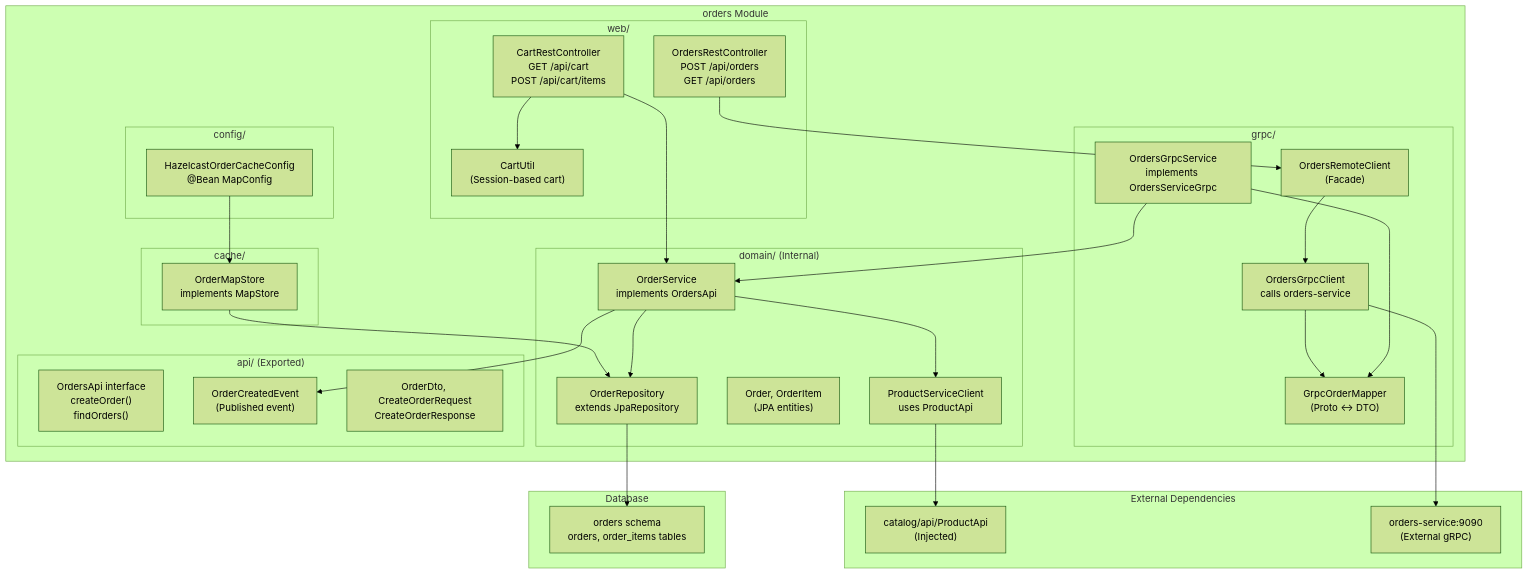
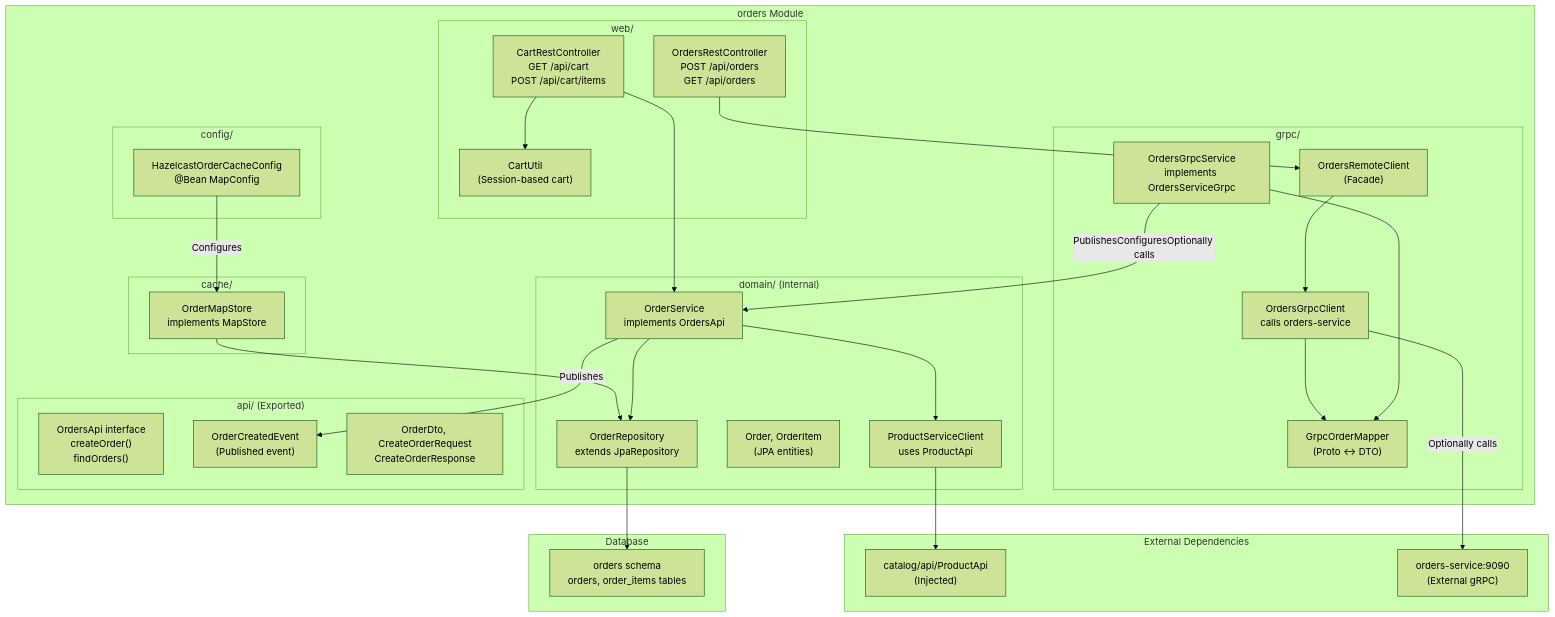
One commit to philipz/spring-modular-monolith changed the sixth of 12 diagrams in docs/deepwiki/Module-Structure-and-Boundaries.md. Above: the diagram before and after it, drawn with Mermaid (forest theme). The commit also changed other lines of this file and 55 other files, not shown here.

```diff
--- a/docs/deepwiki/Module-Structure-and-Boundaries.md
+++ b/docs/deepwiki/Module-Structure-and-Boundaries.md
@@ -391,7 +391,7 @@
 OrdersSchema["orders schema<br>orders, order_items tables"]
 
 ProductServiceClient --> ProductApi
-OrdersGrpcClient --> ExternalGrpcService
+OrdersGrpcClient -->|"Optionally calls"| ExternalGrpcService
 OrderRepo --> OrdersSchema
 
 subgraph Database ["Database"]
@@ -406,10 +406,10 @@
 subgraph subGraph6 ["orders Module"]
     OrdersRestController --> OrdersRemoteClient
     CartRestController --> OrderService
-    OrderService --> OrderCreatedEvent
-    OrdersGrpcService --> OrderService
+    OrderService -->|"Publishes"| OrderCreatedEvent
+    OrdersGrpcService -->|"PublishesConfiguresOptionally calls"| OrderService
     OrderMapStore --> OrderRepo
-    HZOrderCacheConfig --> OrderMapStore
+    HZOrderCacheConfig -->|"Configures"| OrderMapStore
 
 subgraph config/ ["config/"]
     HZOrderCacheConfig
```
